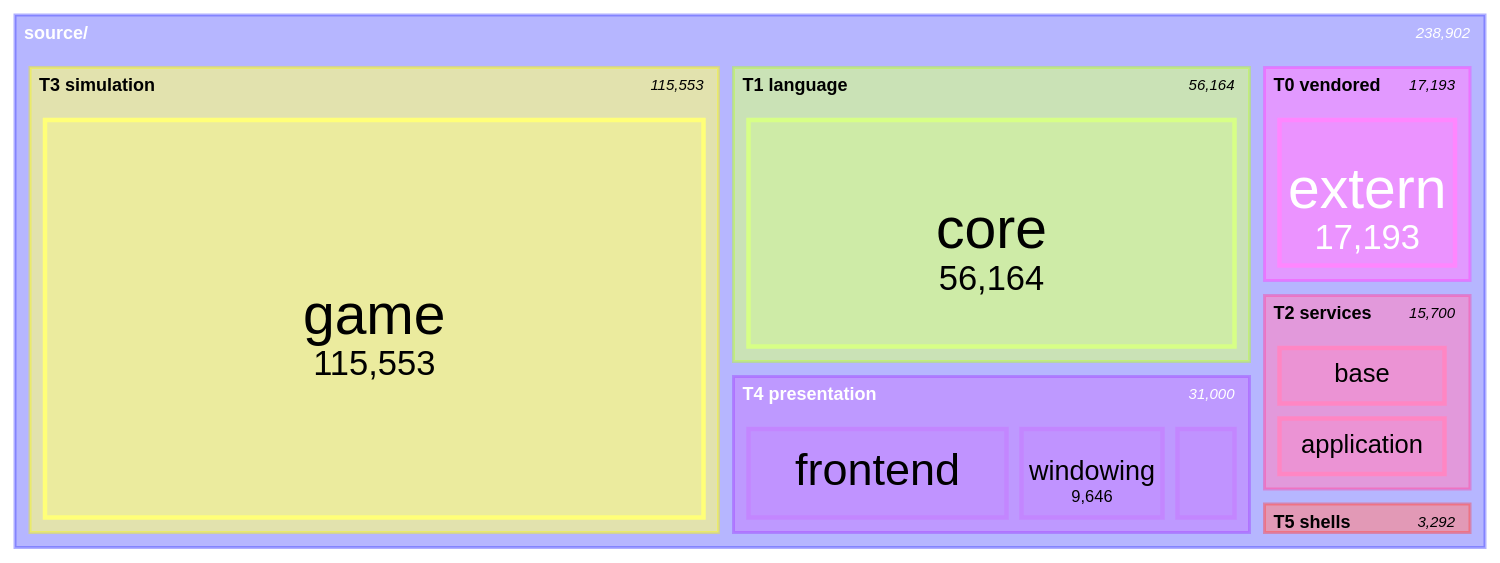
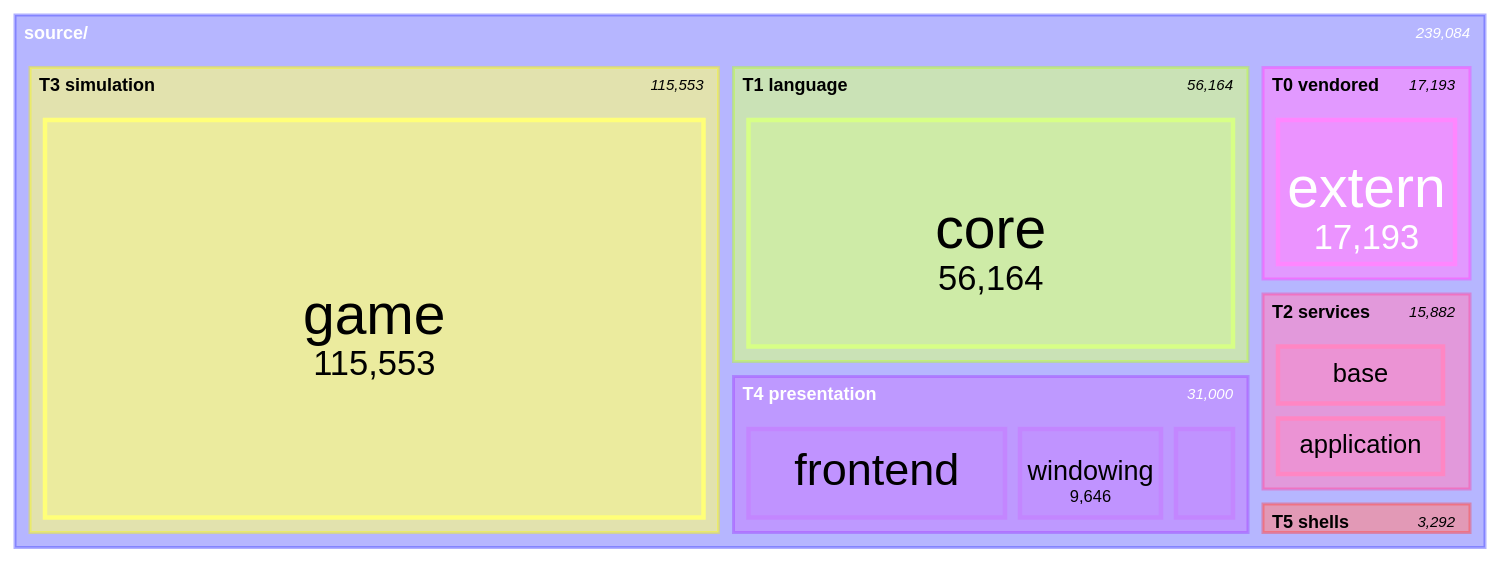
The seventh of 11 diagrams in docs/architecture/system-boundaries.md (apnex/OpenStarbound), drawn with Mermaid before and after one commit. The commit also changed other lines of this file and 4 other files, not shown here.

````diff
--- a/docs/architecture/system-boundaries.md
+++ b/docs/architecture/system-boundaries.md
@@ -592,22 +592,22 @@
 ```mermaid
 treemap-beta
 "source/"
     "T0 vendored"
         "extern": 17193
     "T1 language"
         "core": 56164
     "T2 services"
         "base": 7449
         "application": 7444
-        "metrics": 665
+        "metrics": 847
         "platform": 142
     "T3 simulation"
         "game": 115553
     "T4 presentation"
         "frontend": 16863
         "windowing": 9646
         "rendering": 4491
     "T5 shells"
         "client": 2509
         "server": 783
 ```
````
